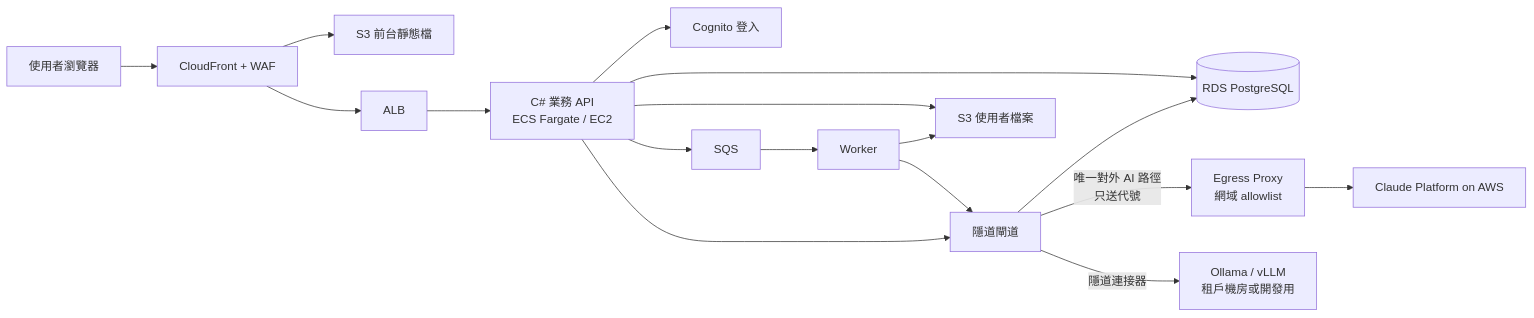
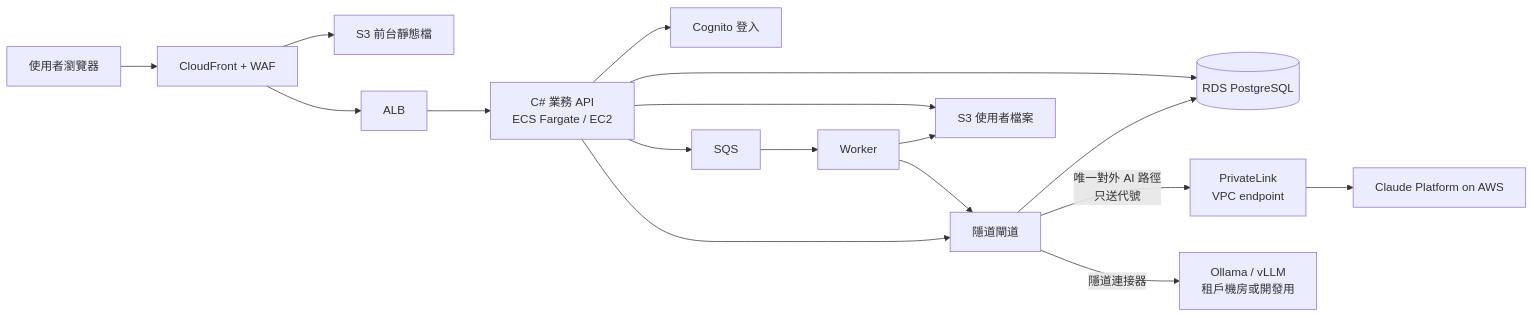
The diagram in Veilway2.md (togokao/fileshare), drawn with Mermaid before and after one commit. The commit also changed other lines of this file and 1 other file, not shown here.

First line of the commit message:
Update Veilway docs with verified Claude Platform on AWS facts

````diff
--- a/Veilway2.md
+++ b/Veilway2.md
@@ -15,17 +15,17 @@
 ```mermaid
 flowchart LR
   U[使用者瀏覽器] --> CF[CloudFront + WAF]
   CF --> S3W[S3 前台靜態檔]
   CF --> ALB[ALB]
   ALB --> API[C# 業務 API<br/>ECS Fargate / EC2]
   API --> COG[Cognito 登入]
   API --> RDS[(RDS PostgreSQL)]
   API --> S3F[S3 使用者檔案]
   API --> SQS[SQS] --> WK[Worker]
   WK --> S3F
   API --> GW[隱道閘道]
   WK --> GW
   GW --> RDS
-  GW -- 唯一對外 AI 路徑<br/>只送代號 --> EP[Egress Proxy<br/>網域 allowlist] --> CP[Claude Platform on AWS]
+  GW -- 唯一對外 AI 路徑<br/>只送代號 --> PL[PrivateLink<br/>VPC endpoint] --> CP[Claude Platform on AWS]
   GW -- 隱道連接器 --> OL[Ollama / vLLM<br/>租戶機房或開發用]
 ```
````
